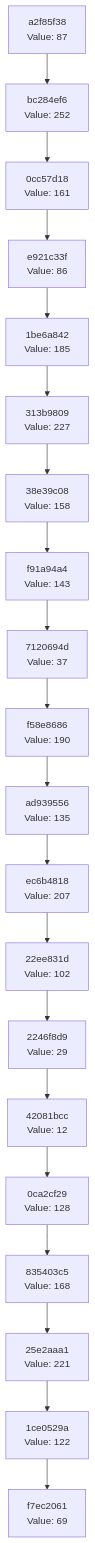
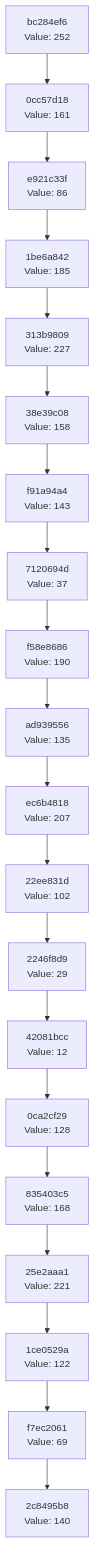
One commit to Abhisheksinha1506/hash-chain-evolver changed the diagram in docs/CHAIN_VISUALIZATION.md. Above: the diagram before and after it, drawn with Mermaid. The commit also changed 3 other files, not shown here.

````diff
--- a/docs/CHAIN_VISUALIZATION.md
+++ b/docs/CHAIN_VISUALIZATION.md
@@ -3,42 +3,42 @@
 ```mermaid
 graph TD
-    C0["f7ec2061<br/>Value: 69"]
-    C1["1ce0529a<br/>Value: 122"]
+    C0["2c8495b8<br/>Value: 140"]
+    C1["f7ec2061<br/>Value: 69"]
     C1 --> C0
-    C2["25e2aaa1<br/>Value: 221"]
+    C2["1ce0529a<br/>Value: 122"]
     C2 --> C1
-    C3["835403c5<br/>Value: 168"]
+    C3["25e2aaa1<br/>Value: 221"]
     C3 --> C2
-    C4["0ca2cf29<br/>Value: 128"]
+    C4["835403c5<br/>Value: 168"]
     C4 --> C3
-    C5["42081bcc<br/>Value: 12"]
+    C5["0ca2cf29<br/>Value: 128"]
     C5 --> C4
-    C6["2246f8d9<br/>Value: 29"]
+    C6["42081bcc<br/>Value: 12"]
     C6 --> C5
-    C7["22ee831d<br/>Value: 102"]
+    C7["2246f8d9<br/>Value: 29"]
     C7 --> C6
-    C8["ec6b4818<br/>Value: 207"]
+    C8["22ee831d<br/>Value: 102"]
     C8 --> C7
-    C9["ad939556<br/>Value: 135"]
+    C9["ec6b4818<br/>Value: 207"]
     C9 --> C8
-    C10["f58e8686<br/>Value: 190"]
+    C10["ad939556<br/>Value: 135"]
     C10 --> C9
-    C11["7120694d<br/>Value: 37"]
+    C11["f58e8686<br/>Value: 190"]
     C11 --> C10
-    C12["f91a94a4<br/>Value: 143"]
+    C12["7120694d<br/>Value: 37"]
     C12 --> C11
-    C13["38e39c08<br/>Value: 158"]
+    C13["f91a94a4<br/>Value: 143"]
     C13 --> C12
-    C14["313b9809<br/>Value: 227"]
+    C14["38e39c08<br/>Value: 158"]
     C14 --> C13
-    C15["1be6a842<br/>Value: 185"]
+    C15["313b9809<br/>Value: 227"]
     C15 --> C14
-    C16["e921c33f<br/>Value: 86"]
+    C16["1be6a842<br/>Value: 185"]
     C16 --> C15
-    C17["0cc57d18<br/>Value: 161"]
+    C17["e921c33f<br/>Value: 86"]
     C17 --> C16
-    C18["bc284ef6<br/>Value: 252"]
+    C18["0cc57d18<br/>Value: 161"]
     C18 --> C17
-    C19["a2f85f38<br/>Value: 87"]
+    C19["bc284ef6<br/>Value: 252"]
     C19 --> C18
 ```
````
